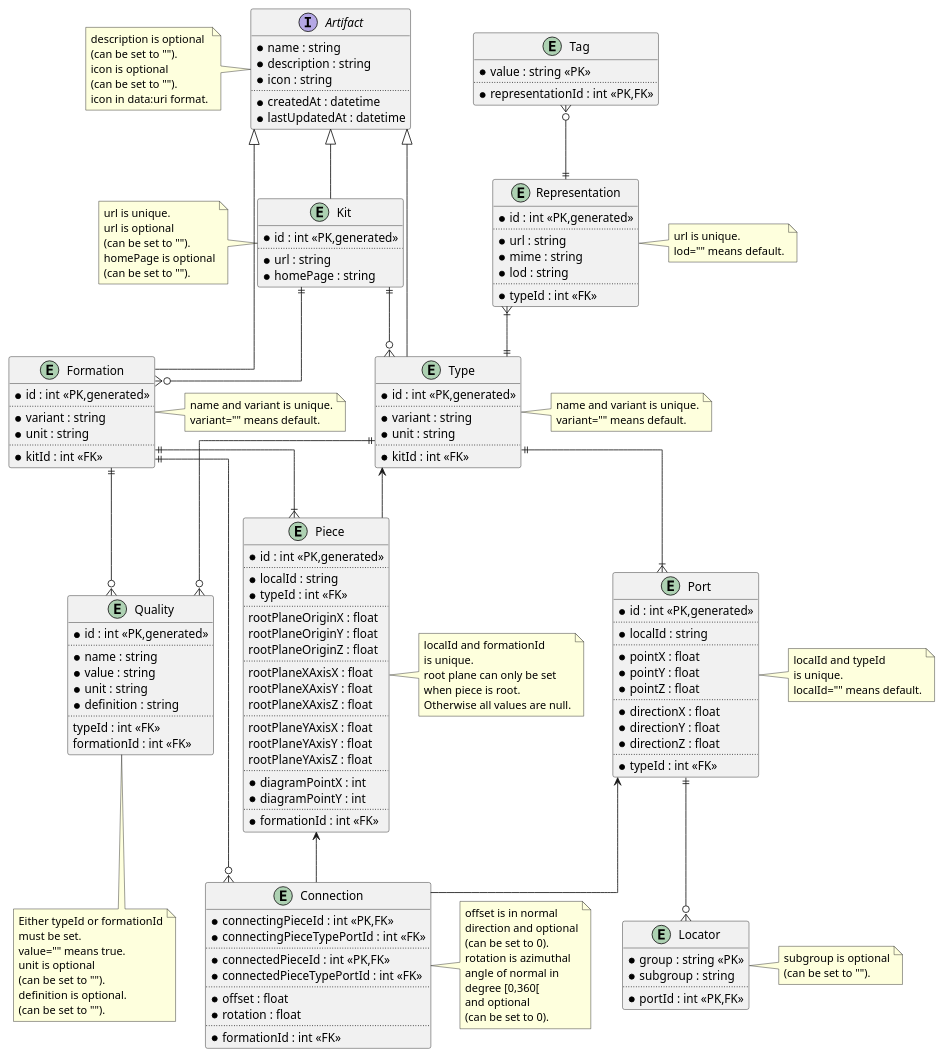
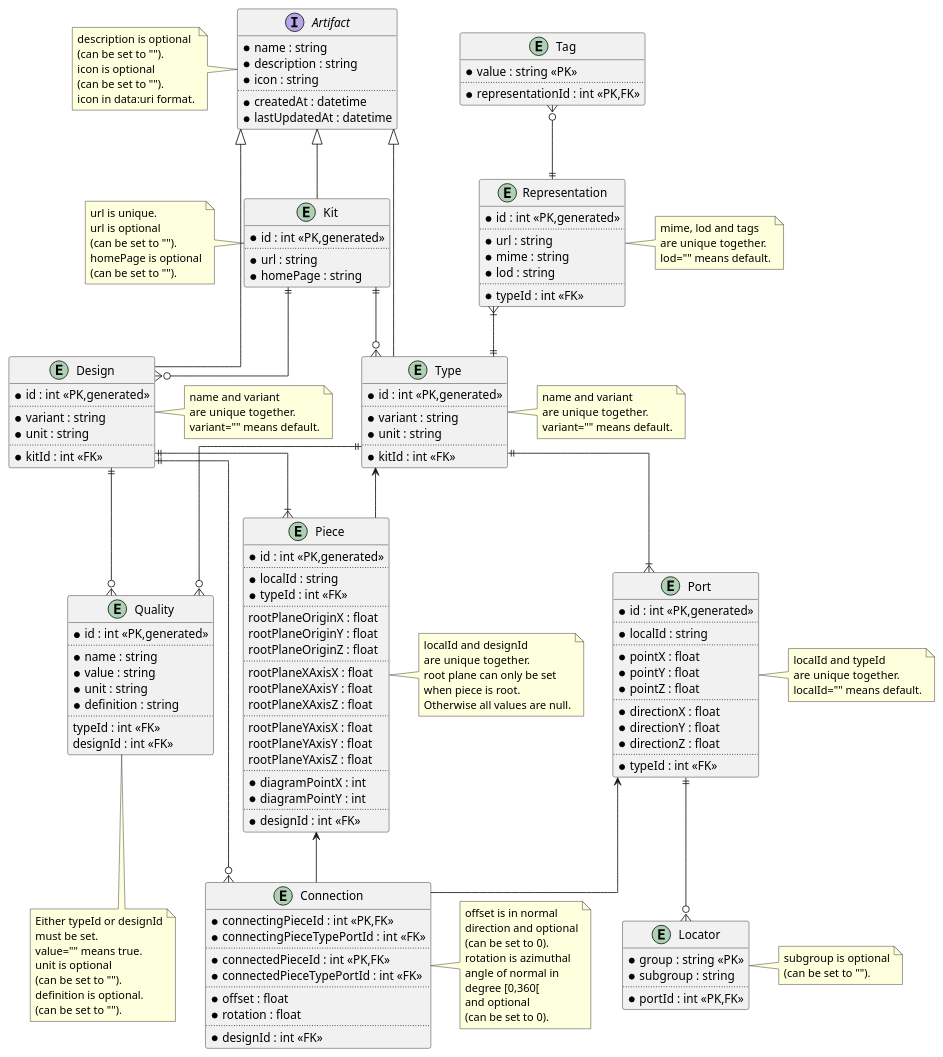
One commit to usalu/semio changed the diagram in engineering/dataarchitecture.pu. Above: the diagram before and after it, drawn with PlantUML. The commit also changed 107 other files, not shown here.

Commit message:
🔄Renamed formation to design

```diff
--- a/engineering/dataarchitecture.pu
+++ b/engineering/dataarchitecture.pu
@@ -40,7 +40,8 @@
     *kitId : int <<FK>>
 }
 note right of Type
-    name and variant is unique.
+    name and variant
+    are unique together.
     variant="" means default.
 end note
 
@@ -54,7 +55,8 @@
     *typeId : int <<FK>>
 }
 note right of Representation
-    url is unique.
+    mime, lod and tags
+    are unique together.
     lod="" means default.
 end note
 
@@ -81,7 +83,7 @@
 }
 note right of Port
     localId and typeId
-    is unique.
+    are unique together.
     localId="" means default.
 end note
 
@@ -94,10 +96,10 @@
     *definition : string
     ..
     typeId : int <<FK>>
-    formationId : int <<FK>>
+    designId : int <<FK>>
 }
 note bottom of Quality
-    Either typeId or formationId
+    Either typeId or designId
     must be set.
     value="" means true.
     unit is optional
@@ -138,11 +140,11 @@
     *diagramPointX : int
     *diagramPointY : int
     ..
-    *formationId : int <<FK>>
+    *designId : int <<FK>>
 }
 note right of Piece
-    localId and formationId
-    is unique.
+    localId and designId
+    are unique together.
     root plane can only be set
     when piece is root.
     Otherwise all values are null.
@@ -158,7 +160,7 @@
     *offset : float
     *rotation : float
     ..
-    *formationId : int <<FK>>
+    *designId : int <<FK>>
 }
 note right of Connection
     offset is in normal 
@@ -171,7 +173,7 @@
     (can be set to 0). 
 end note
 
-entity Formation {
+entity Design {
     *id : int <<PK,generated>>
     ..
     *variant : string
@@ -179,27 +181,28 @@
     ..
     *kitId : int <<FK>>
 }
-note right of Formation
-    name and variant is unique.
+note right of Design
+    name and variant
+    are unique together.
     variant="" means default.
 end note
 
-Kit ||--o{ Formation
+Kit ||--o{ Design
 Kit ||--o{ Type 
 Tag }o--|| Representation
 Representation }|--|| Type
 Type ||--|{ Port
 Type ||--o{ Quality
-Formation ||--|{ Piece
-Formation ||--o{ Connection
-Formation ||--o{ Quality
+Design ||--|{ Piece
+Design ||--o{ Connection
+Design ||--o{ Quality
 Port ||--o{ Locator
 Type <-- Piece
 Piece <-- Connection
 Port <-- Connection
 
 Artifact <|-- Kit
-Artifact <|-- Formation
+Artifact <|-- Design
 Artifact <|-- Type
 
 @enduml
```
